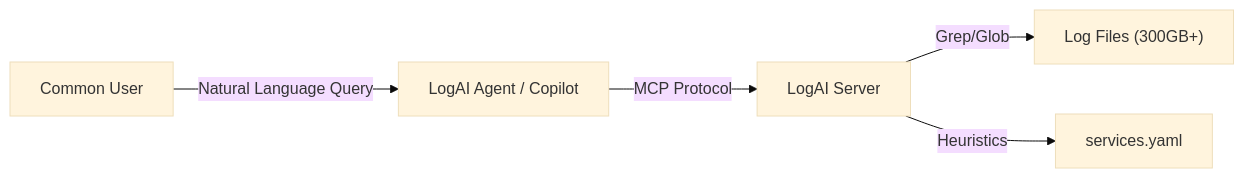
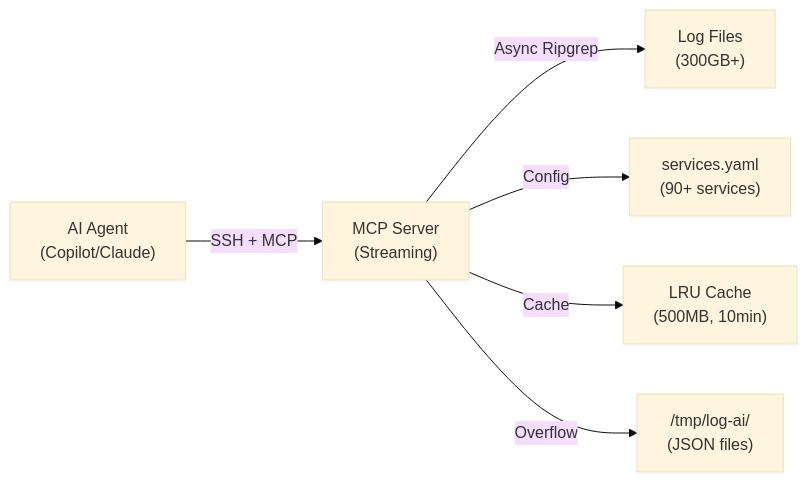
Before and after one commit to elis-salobehaj/log-ai: the diagram in README.md, drawn with Mermaid (base theme). The commit also changed other lines of this file and 15 other files, not shown here.

Commit message:
Stable MCP with ssh complete. demo-ready from vs-code

````diff
--- a/README.md
+++ b/README.md
@@ -9,7 +9,8 @@
 ```mermaid
 graph LR
-    User["Common User"] -- Natural Language Query --> Agent["LogAI Agent / Copilot"]
-    Agent -- MCP Protocol --> Server["LogAI Server"]
-    Server -- Grep/Glob --> Logs["Log Files (300GB+)"]
-    Server -- Heuristics --> InsightRules["services.yaml"]
+    Agent["AI Agent<br/>(Copilot/Claude)"] -- SSH + MCP --> MCP["MCP Server<br/>(Streaming)"]
+    MCP -- Async Ripgrep --> Logs["Log Files<br/>(300GB+)"]
+    MCP -- Config --> Rules["services.yaml<br/>(90+ services)"]
+    MCP -- Cache --> Cache["LRU Cache<br/>(500MB, 10min)"]
+    MCP -- Overflow --> Files["/tmp/log-ai/<br/>(JSON files)"]
 ```
````
